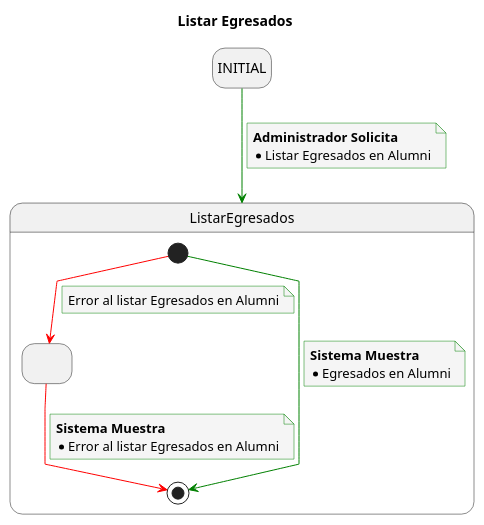
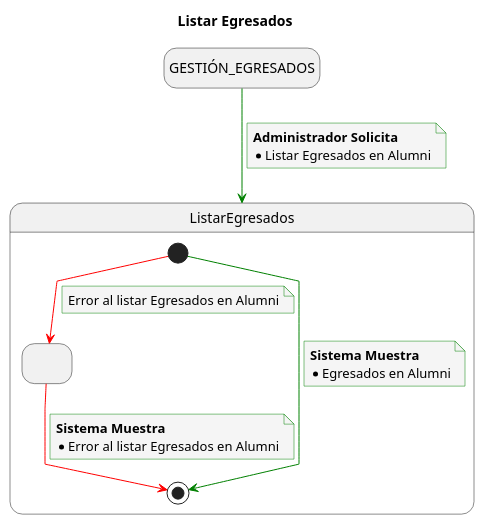
The diagram in Caso_de_Uso/Casos_de_Uso/Usuarios/Administrador/CRUD_Egresados/Listar_Egresado/Caso_de_Uso.puml (mmasias/23-24-IdSw1-SDR), drawn with PlantUML before and after one commit. The commit also changed 45 other files, not shown here.

```diff
--- a/Caso_de_Uso/Casos_de_Uso/Usuarios/Administrador/CRUD_Egresados/Listar_Egresado/Caso_de_Uso.puml
+++ b/Caso_de_Uso/Casos_de_Uso/Usuarios/Administrador/CRUD_Egresados/Listar_Egresado/Caso_de_Uso.puml
@@ -1,44 +1,44 @@
 @startuml
 
 title Listar Egresados
 
 skinparam {
     NoteBackgroundColor #whiteSmoke
     ArrowColor #green
     NoteBorderColor #green
     linetype polyline
 }
 
 hide empty description
 
-state startState as "INITIAL"
+state startState as "GESTIÓN_EGRESADOS"
 
 startState --> ListarEgresados
 note on link
     <b>Administrador Solicita</b>
     * Listar Egresados en Alumni
 end note
 
 state ListarEgresados {
     state 2 as " "
     [*] --> [*] 
     note on link
         <b>Sistema Muestra</b>
         * Egresados en Alumni
     end note
 
     [*] -[#red]-> 2
     note on link
         Error al listar Egresados en Alumni
     end note
 
     2 -[#red]-> [*]
     note on link
         <b>Sistema Muestra</b>
         * Error al listar Egresados en Alumni
     end note
 
 
 }
 
 @enduml
```
